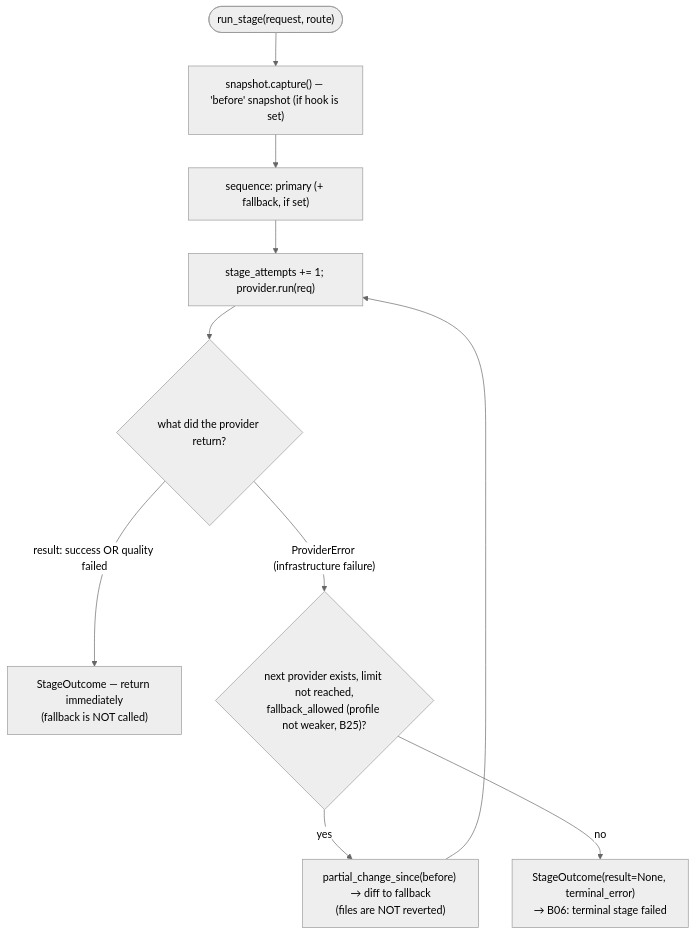
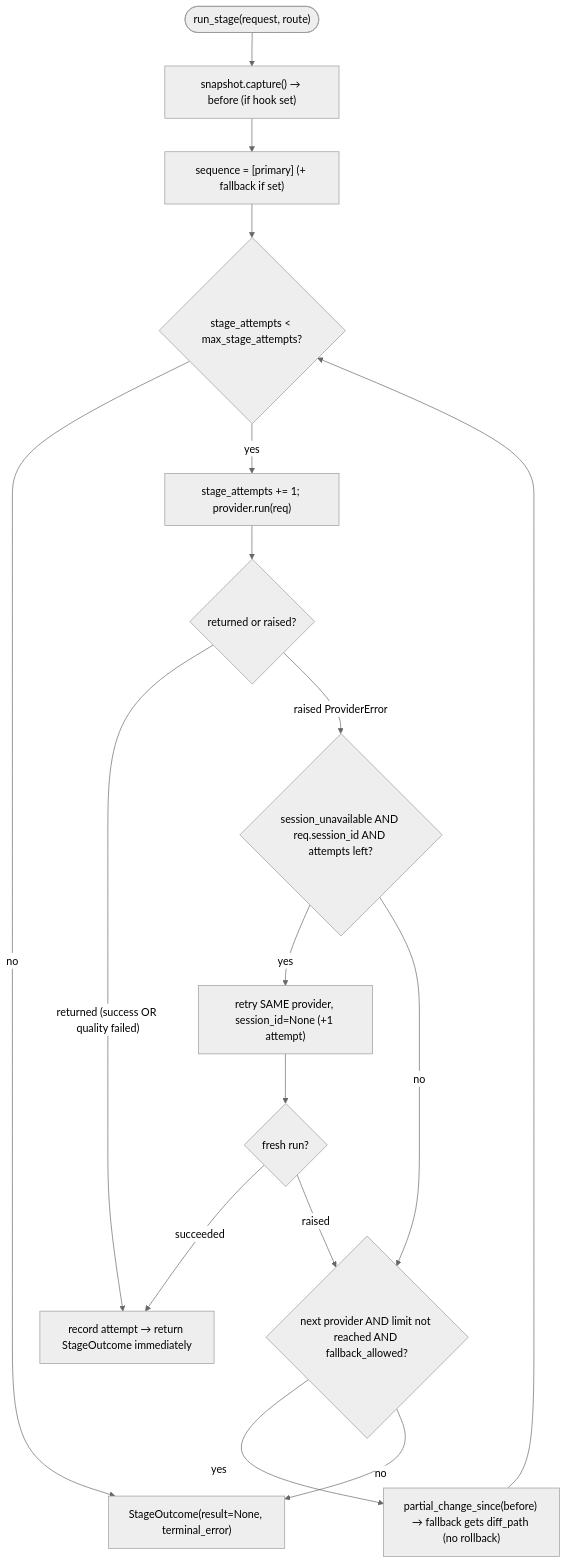
Before and after one commit to VladimirMakarevich/wastech-orchestrator: the diagram in docs/functional/blocks/B17-agent-router-and-fallback.md, drawn with Mermaid (neutral theme). The commit also changed other lines of this file and 39 other files, not shown here.

First line of the commit message:
docs: Add detailed documentation for new flows and components

````diff
--- a/docs/functional/blocks/B17-agent-router-and-fallback.md
+++ b/docs/functional/blocks/B17-agent-router-and-fallback.md
@@ -48,12 +48,19 @@
 ```mermaid
 flowchart TB
-    start(["run_stage(request, route)"]) --> cap["snapshot.capture() — 'before' snapshot (if hook is set)"]
-    cap --> seq["sequence: primary (+ fallback, if set)"]
-    seq --> run["stage_attempts += 1; provider.run(req)"]
-    run --> res{"what did the provider return?"}
-    res -->|"result: success OR quality failed"| done["StageOutcome — return immediately<br/>(fallback is NOT called)"]
-    res -->|"ProviderError (infrastructure failure)"| fb{"next provider exists, limit not reached,<br/>fallback_allowed (profile not weaker, B25)?"}
-    fb -->|yes| diff["partial_change_since(before) → diff to fallback<br/>(files are NOT reverted)"]
-    diff --> run
-    fb -->|no| term["StageOutcome(result=None, terminal_error)<br/>→ B06: terminal stage failed"]
+    start(["run_stage(request, route)"]) --> cap["snapshot.capture() → before (if hook set)"]
+    cap --> seq["sequence = [primary] (+ fallback if set)"]
+    seq --> guard{"stage_attempts < max_stage_attempts?"}
+    guard -->|no| exhaust["StageOutcome(result=None, terminal_error)"]
+    guard -->|yes| run["stage_attempts += 1; provider.run(req)"]
+    run --> res{"returned or raised?"}
+    res -->|"returned (success OR quality failed)"| done["record attempt → return StageOutcome immediately"]
+    res -->|"raised ProviderError"| sess{"session_unavailable AND req.session_id AND attempts left?"}
+    sess -->|yes| fresh["retry SAME provider, session_id=None (+1 attempt)"]
+    fresh --> freshres{"fresh run?"}
+    freshres -->|"succeeded"| done
+    freshres -->|"raised"| fb
+    sess -->|no| fb{"next provider AND limit not reached AND fallback_allowed?"}
+    fb -->|yes| diff["partial_change_since(before) → fallback gets diff_path (no rollback)"]
+    diff --> guard
+    fb -->|no| exhaust
 ```
````
